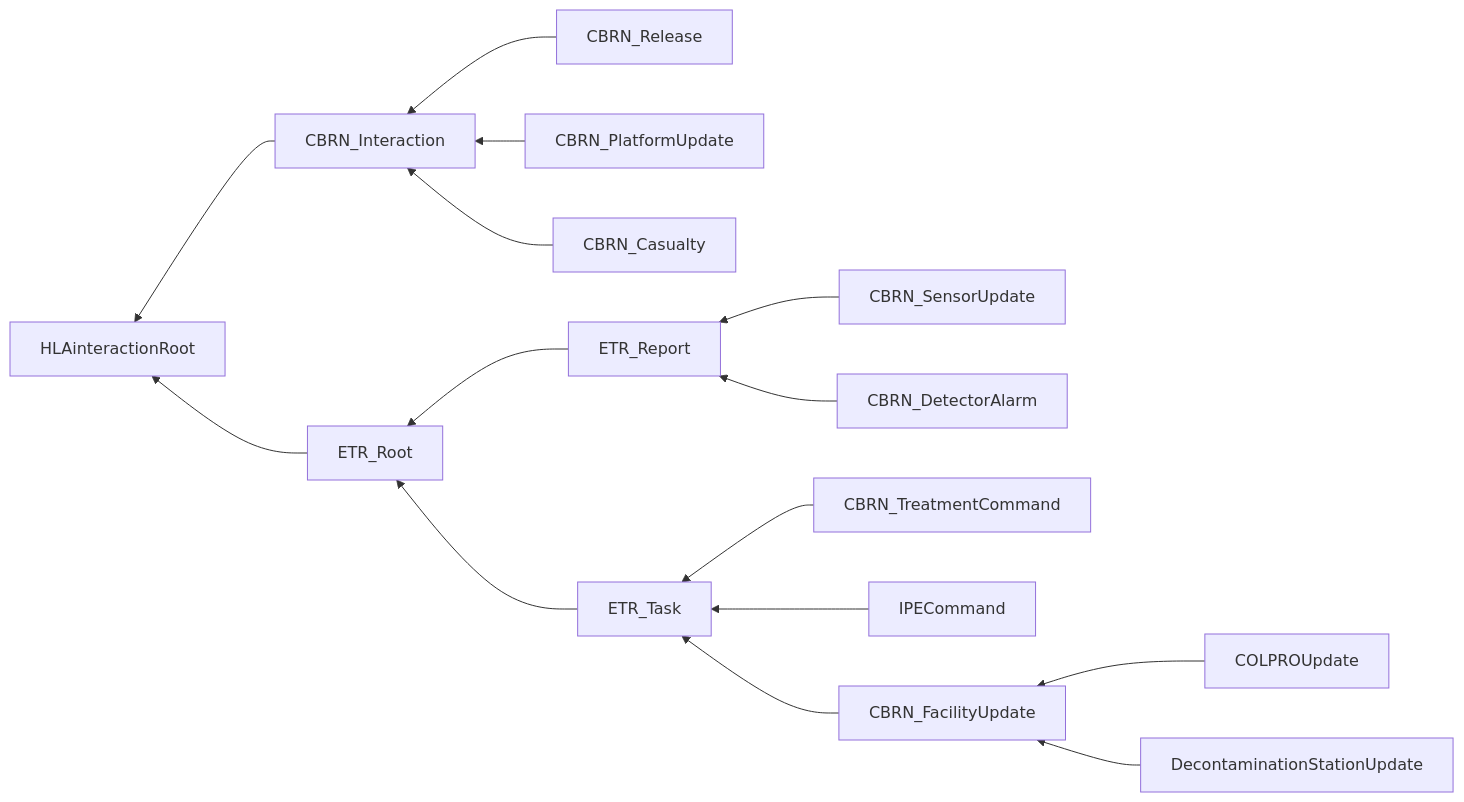
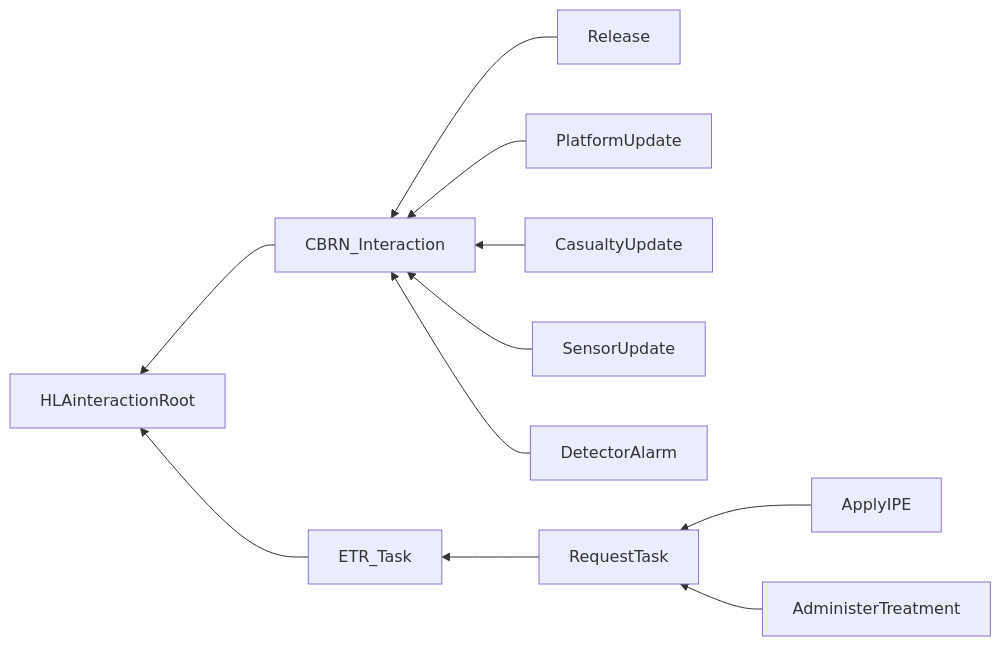
Before and after one commit to AMSP-04/NETN-CBRN: the fifth of 5 diagrams in NETN-CBRN.md, drawn with Mermaid. The commit also changed other lines of this file and 1 other file, not shown here.

````diff
--- a/NETN-CBRN.md
+++ b/NETN-CBRN.md
@@ -335,17 +297,13 @@
 ```mermaid
 graph RL
 CBRN_Interaction-->HLAinteractionRoot
-ETR_Root-->HLAinteractionRoot
-CBRN_Release-->CBRN_Interaction
-CBRN_PlatformUpdate-->CBRN_Interaction
-CBRN_Casualty-->CBRN_Interaction
-ETR_Report-->ETR_Root
-ETR_Task-->ETR_Root
-CBRN_SensorUpdate-->ETR_Report
-CBRN_DetectorAlarm-->ETR_Report
-CBRN_TreatmentCommand-->ETR_Task
-IPECommand-->ETR_Task
-CBRN_FacilityUpdate-->ETR_Task
-COLPROUpdate-->CBRN_FacilityUpdate
-DecontaminationStationUpdate-->CBRN_FacilityUpdate
+ETR_Task-->HLAinteractionRoot
+Release-->CBRN_Interaction
+PlatformUpdate-->CBRN_Interaction
+CasualtyUpdate-->CBRN_Interaction
+SensorUpdate-->CBRN_Interaction
+DetectorAlarm-->CBRN_Interaction
+RequestTask-->ETR_Task
+ApplyIPE-->RequestTask
+AdministerTreatment-->RequestTask
 ```
````
